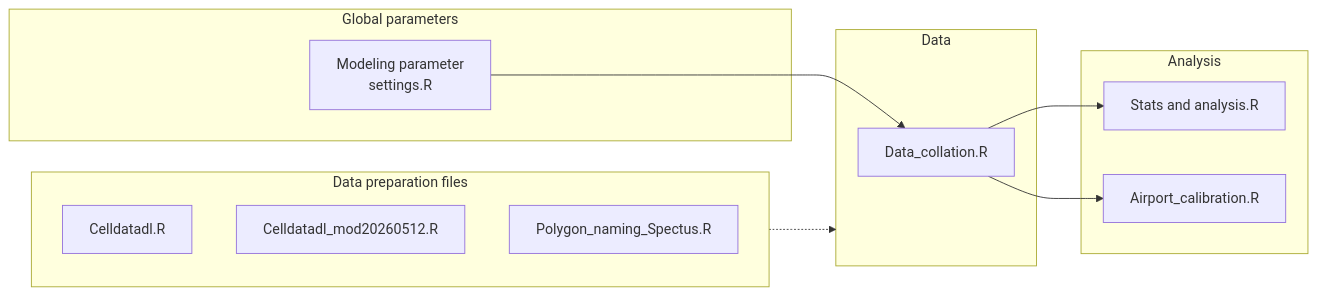
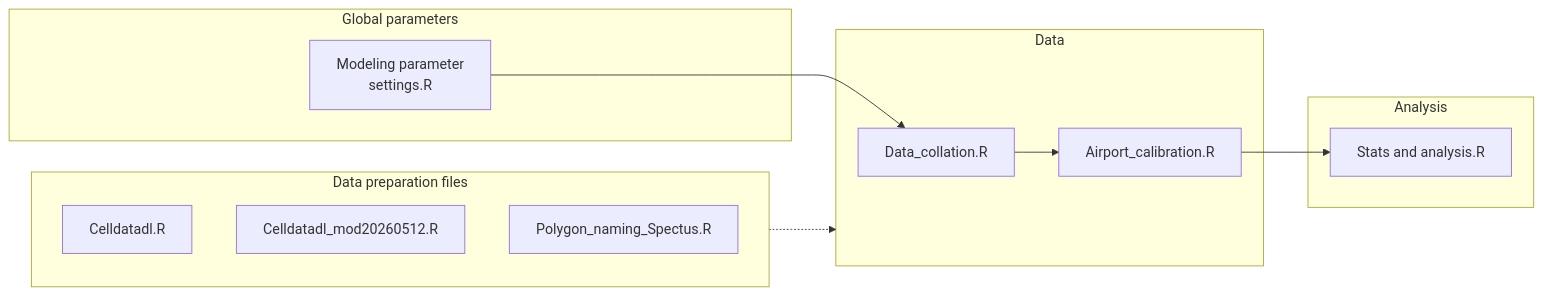
The diagram in readme.md (rmgriffin/MiamiMangroves), drawn with Mermaid before and after one commit.

Commit message:
More linear file dependency, given that airport calibration is essential to most later steps

````diff
--- a/readme.md
+++ b/readme.md
@@ -9,25 +9,26 @@
 ```mermaid
 flowchart LR 
   %% TD reorients to top-down
   subgraph dataprep[Data preparation files]
     A["Celldatadl.R"]
     B["Celldatadl_mod20260512.R"]
     C["Polygon_naming_Spectus.R"]
   end
   subgraph global[Global parameters]
     D["Modeling parameter<br/>settings.R"]
   end
   subgraph data[Data]
     E["Data_collation.R"]
+    G["Airport_calibration.R"]
   end
   subgraph analysis[Analysis]
     F["Stats and analysis.R"]
-    G["Airport_calibration.R"]
+    
   end
 
   D --> E
-  E --> F
+  G --> F
   E --> G
   dataprep -.-> data
 
 ```
````
